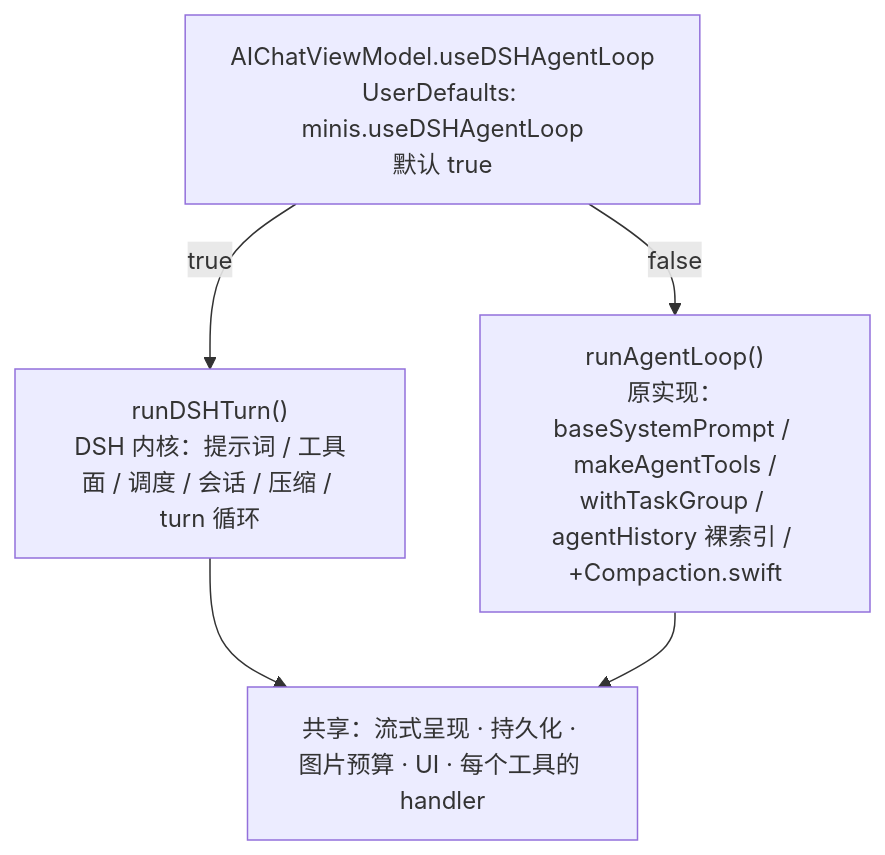
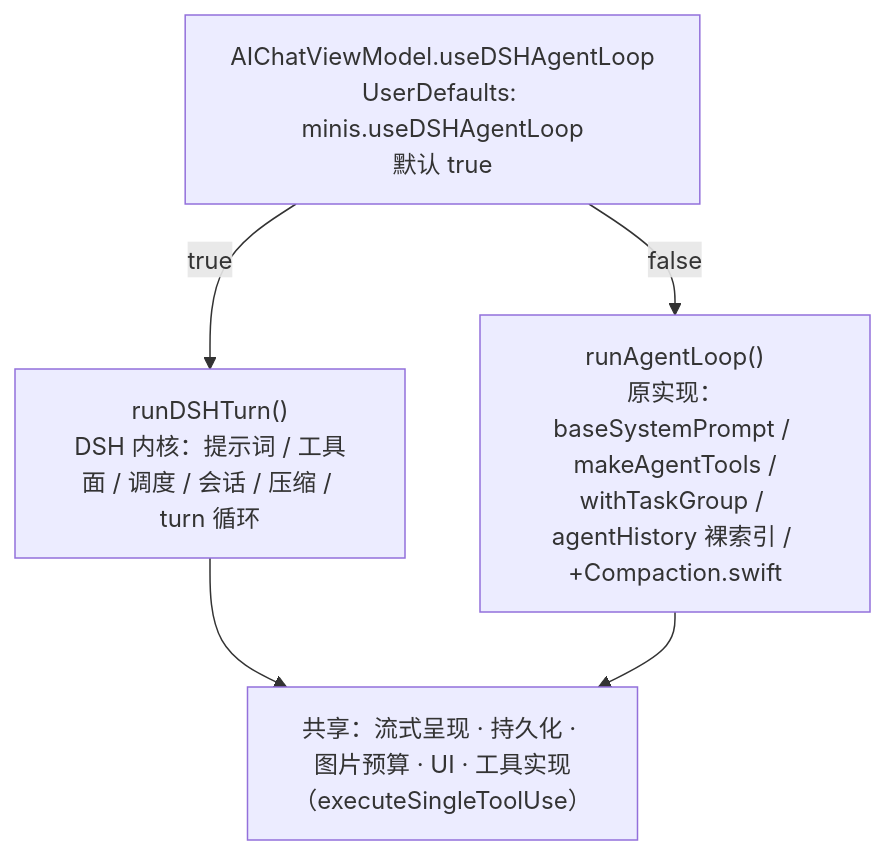
One commit to czy20010112/openminis-dshcore changed the tenth of 10 diagrams in docs/DSH-ARCHITECTURE.md. Above: the diagram before and after it, drawn with Mermaid. The commit also changed other lines of this file and 3 other files, not shown here.

````diff
--- a/docs/DSH-ARCHITECTURE.md
+++ b/docs/DSH-ARCHITECTURE.md
@@ -492,8 +499,8 @@
 ```mermaid
 flowchart TB
     K["AIChatViewModel.useDSHAgentLoop<br/>UserDefaults: minis.useDSHAgentLoop<br/>默认 true"]
     K -->|true| D1["runDSHTurn()<br/>DSH 内核：提示词 / 工具面 / 调度 / 会话 / 压缩 / turn 循环"]
     K -->|false| D2["runAgentLoop()<br/>原实现：baseSystemPrompt / makeAgentTools /<br/>withTaskGroup / agentHistory 裸索引 / +Compaction.swift"]
-    D1 --> S["共享：流式呈现 · 持久化 · 图片预算 · UI · 每个工具的 handler"]
+    D1 --> S["共享：流式呈现 · 持久化 · 图片预算 · UI · 工具实现（executeSingleToolUse）"]
     D2 --> S
 ```
````
